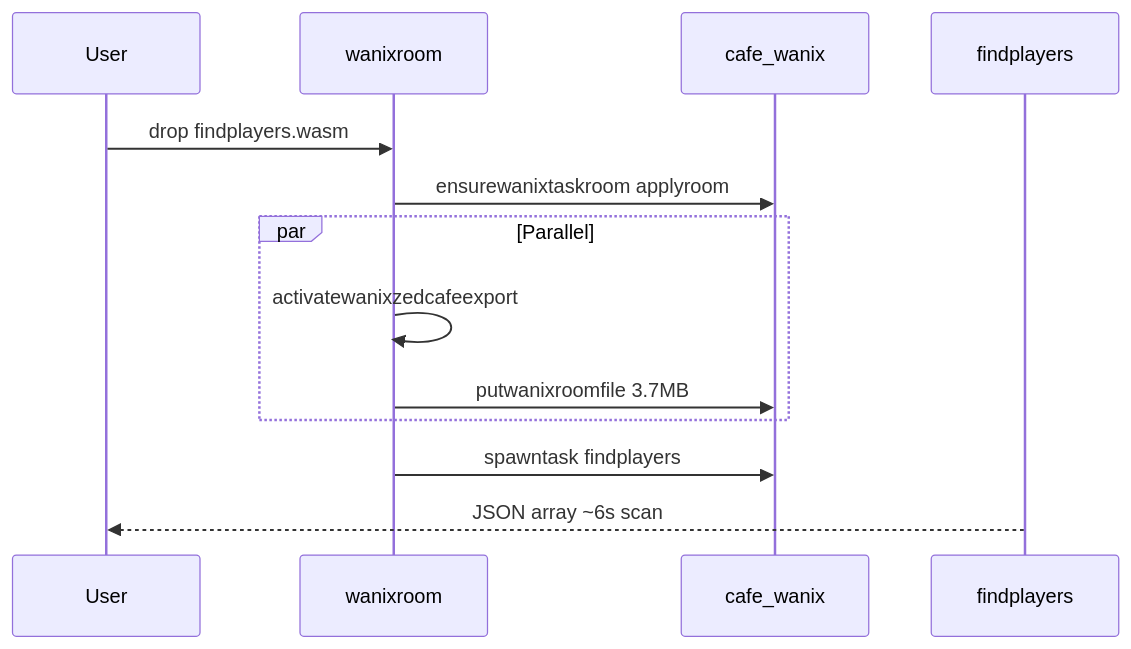
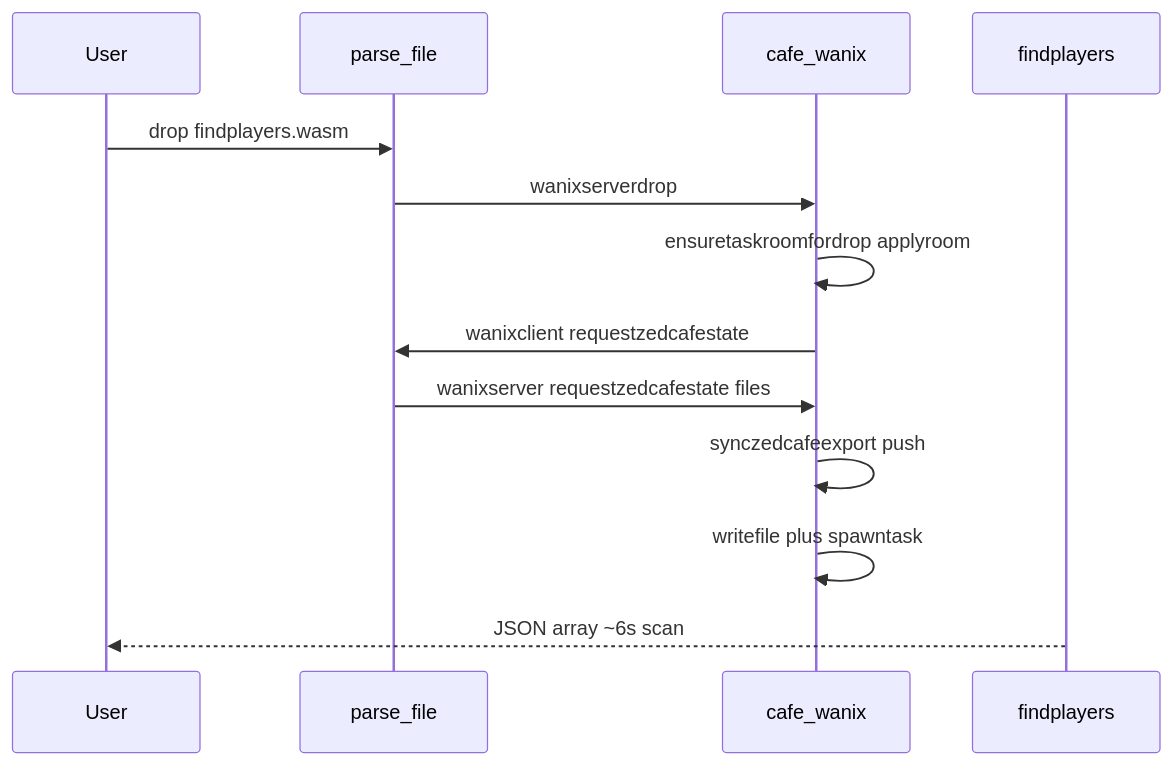
Before and after one commit to goldbuick/zed-software-system: the ninth of 9 diagrams in zss/feature/wanix/README.md, drawn with Mermaid. The commit also changed other lines of this file and 10 other files, not shown here.

````diff
--- a/zss/feature/wanix/README.md
+++ b/zss/feature/wanix/README.md
@@ -413,16 +411,16 @@
 ```mermaid
 sequenceDiagram
   participant User
-  participant Parent as wanixroom
+  participant Parent as parse_file
   participant Iframe as cafe_wanix
   participant FP as findplayers
 
   User->>Parent: drop findplayers.wasm
-  Parent->>Iframe: ensurewanixtaskroom applyroom
-  par Parallel
-    Parent->>Parent: activatewanixzedcafeexport
-    Parent->>Iframe: putwanixroomfile 3.7MB
-  end
-  Parent->>Iframe: spawntask findplayers
+  Parent->>Iframe: wanixserverdrop
+  Iframe->>Iframe: ensuretaskroomfordrop applyroom
+  Iframe->>Parent: wanixclient requestzedcafestate
+  Parent->>Iframe: wanixserver requestzedcafestate files
+  Iframe->>Iframe: synczedcafeexport push
+  Iframe->>Iframe: writefile plus spawntask
   FP-->>User: JSON array ~6s scan
 ```
````
